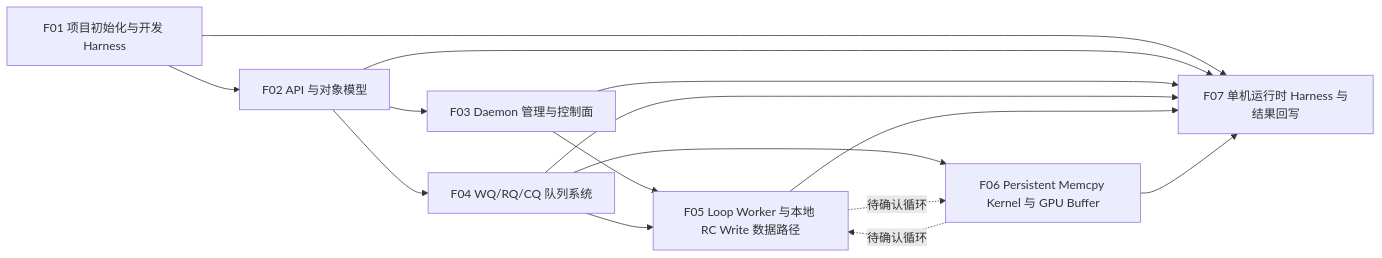
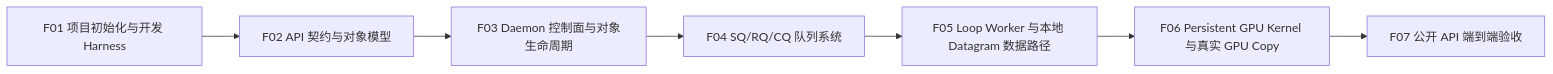
One commit to xuOAO/ugdr changed the second of 2 diagrams in docs/v1_docs/UGDR_v1_版本文档.md. Above: the diagram before and after it, drawn with Mermaid. The commit also changed other lines of this file and 1 other file, not shown here.

````diff
--- a/docs/v1_docs/UGDR_v1_版本文档.md
+++ b/docs/v1_docs/UGDR_v1_版本文档.md
@@ -145,25 +135,9 @@
 ```mermaid
 flowchart LR
-    F01[F01 项目初始化与开发 Harness]
-    F02[F02 API 与对象模型]
-    F03[F03 Daemon 管理与控制面]
-    F04[F04 WQ/RQ/CQ 队列系统]
-    F05[F05 Loop Worker 与本地 RC Write 数据路径]
-    F06[F06 Persistent Memcpy Kernel 与 GPU Buffer]
-    F07[F07 单机运行时 Harness 与结果回写]
-
-    F01 --> F02
-    F02 --> F03
-    F02 --> F04
-    F03 --> F05
-    F04 --> F05
-    F04 --> F06
-    F05 -. 待确认循环 .-> F06
-    F06 -. 待确认循环 .-> F05
-    F01 --> F07
-    F02 --> F07
-    F03 --> F07
-    F04 --> F07
-    F05 --> F07
-    F06 --> F07
+    F01[F01 项目初始化与开发 Harness] --> F02[F02 API 契约与对象模型]
+    F02 --> F03[F03 Daemon 控制面与对象生命周期]
+    F03 --> F04[F04 SQ/RQ/CQ 队列系统]
+    F04 --> F05[F05 Loop Worker 与本地 Datagram 数据路径]
+    F05 --> F06[F06 Persistent GPU Kernel 与真实 GPU Copy]
+    F06 --> F07[F07 公开 API 端到端验收]
 ```
````
